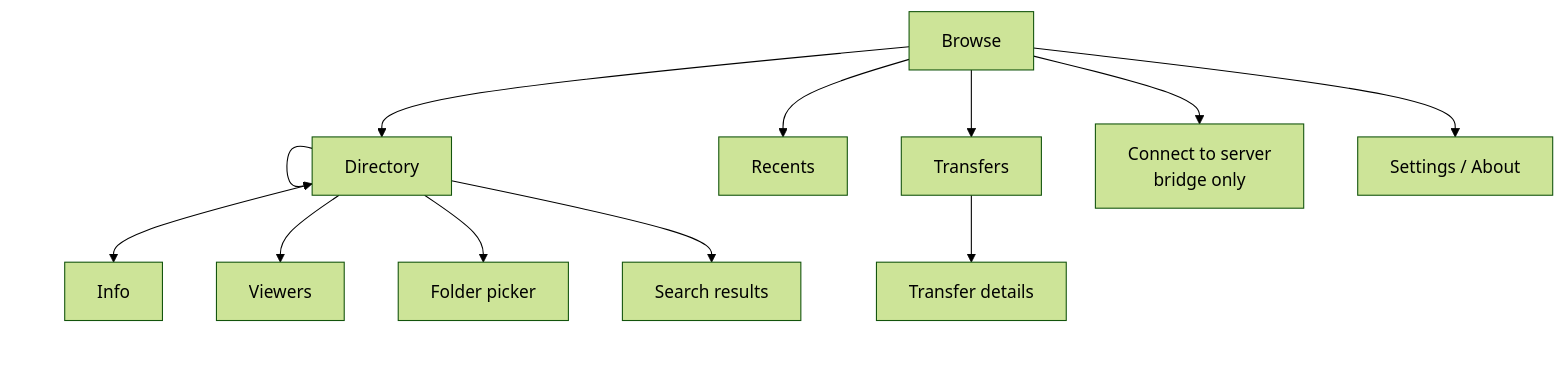
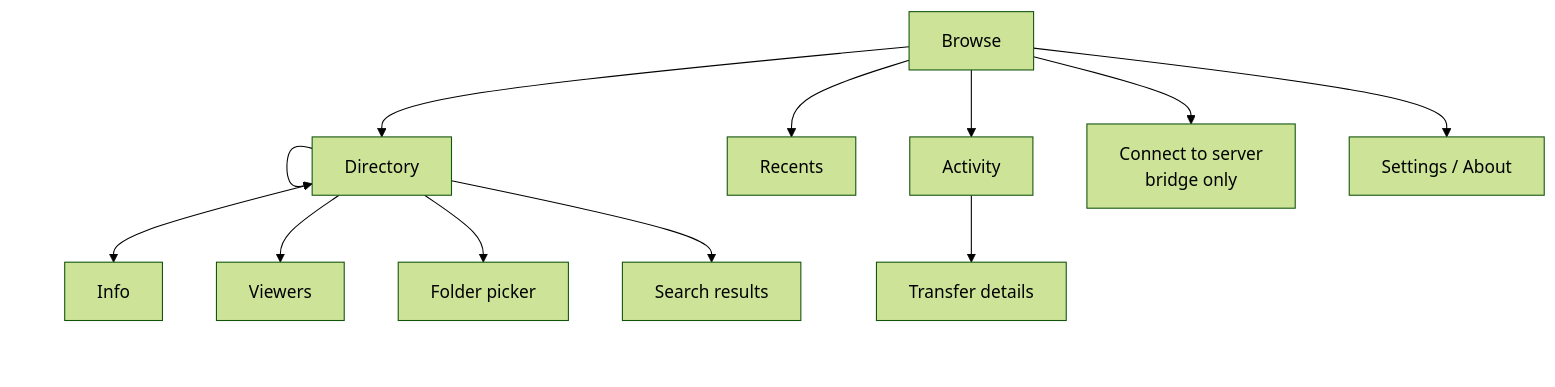
The second of 2 diagrams in doc/SPEC.md (muhnschein/lautta), drawn with Mermaid (forest theme) before and after one commit. The commit also changed other lines of this file and 29 other files, not shown here.

````diff
--- a/doc/SPEC.md
+++ b/doc/SPEC.md
@@ -547,14 +555,14 @@
 ```mermaid
 flowchart TD
   B[Browse] --> D[Directory]
   B --> R[Recents]
-  B --> T[Transfers]
+  B --> T[Activity]
   B --> CS[Connect to server<br/>bridge only]
   B --> S[Settings / About]
   D --> D
   D --> I[Info]
   D --> V[Viewers]
   D --> P[Folder picker]
   D --> SR[Search results]
   T --> TD[Transfer details]
 ```
````
